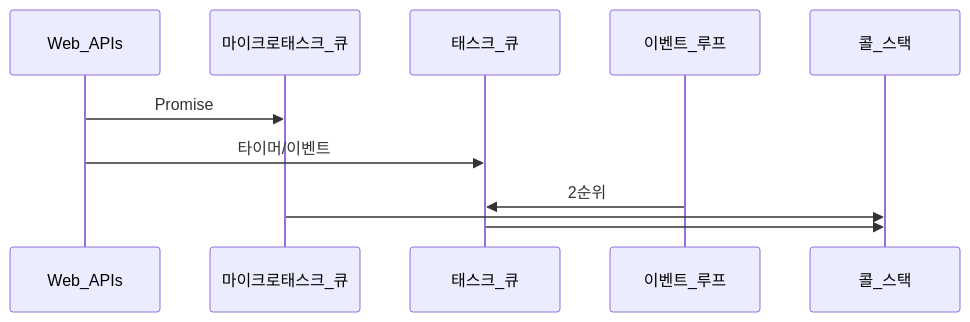
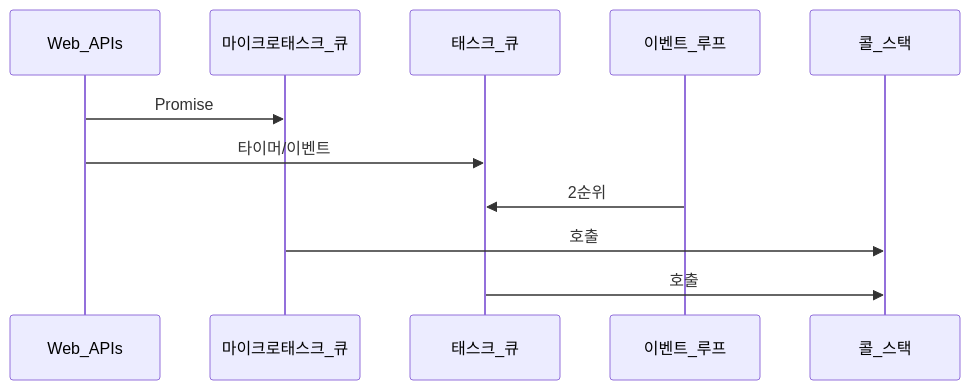
Before and after one commit to yjkim2015/yjkim2015.github.io: the second of 6 diagrams in _posts/frontend/2026-05-01-javascript-core.md, drawn with Mermaid. The commit also changed 85 other files, not shown here.

First line of the commit message:
sequenceDiagram 문법 에러 2차 수정 169개 (86파일)

````diff
--- a/_posts/frontend/2026-05-01-javascript-core.md
+++ b/_posts/frontend/2026-05-01-javascript-core.md
@@ -91,8 +91,8 @@
 ```mermaid
 sequenceDiagram
     Web_APIs->>마이크로태스크_큐: Promise
     Web_APIs->>태스크_큐: 타이머/이벤트
     이벤트_루프->>태스크_큐: 2순위
-    마이크로태스크_큐->>콜_스택:
-    태스크_큐->>콜_스택:
+    마이크로태스크_큐->>콜_스택: 호출
+    태스크_큐->>콜_스택: 호출
 ```
````
